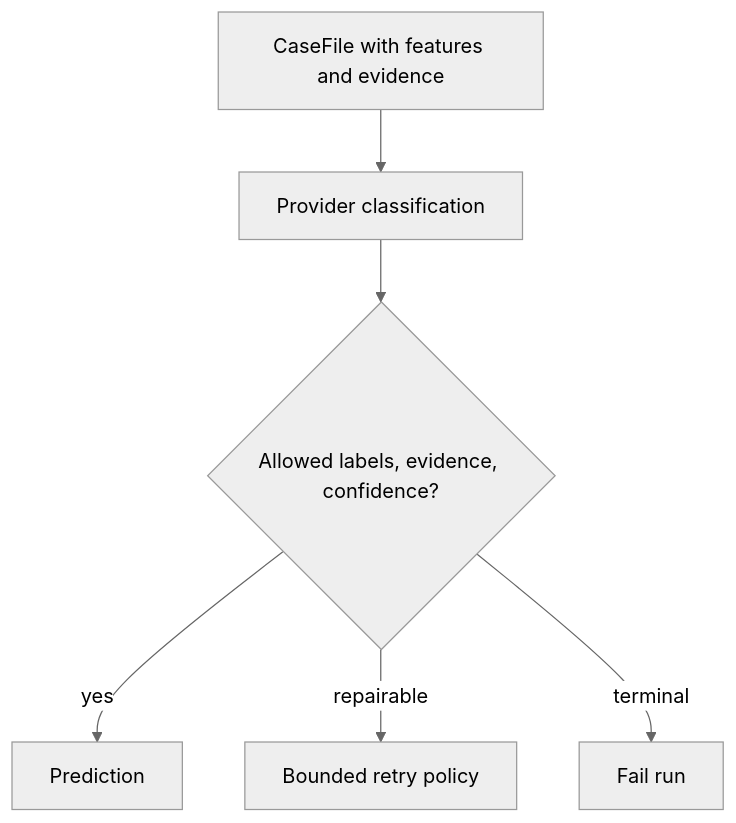
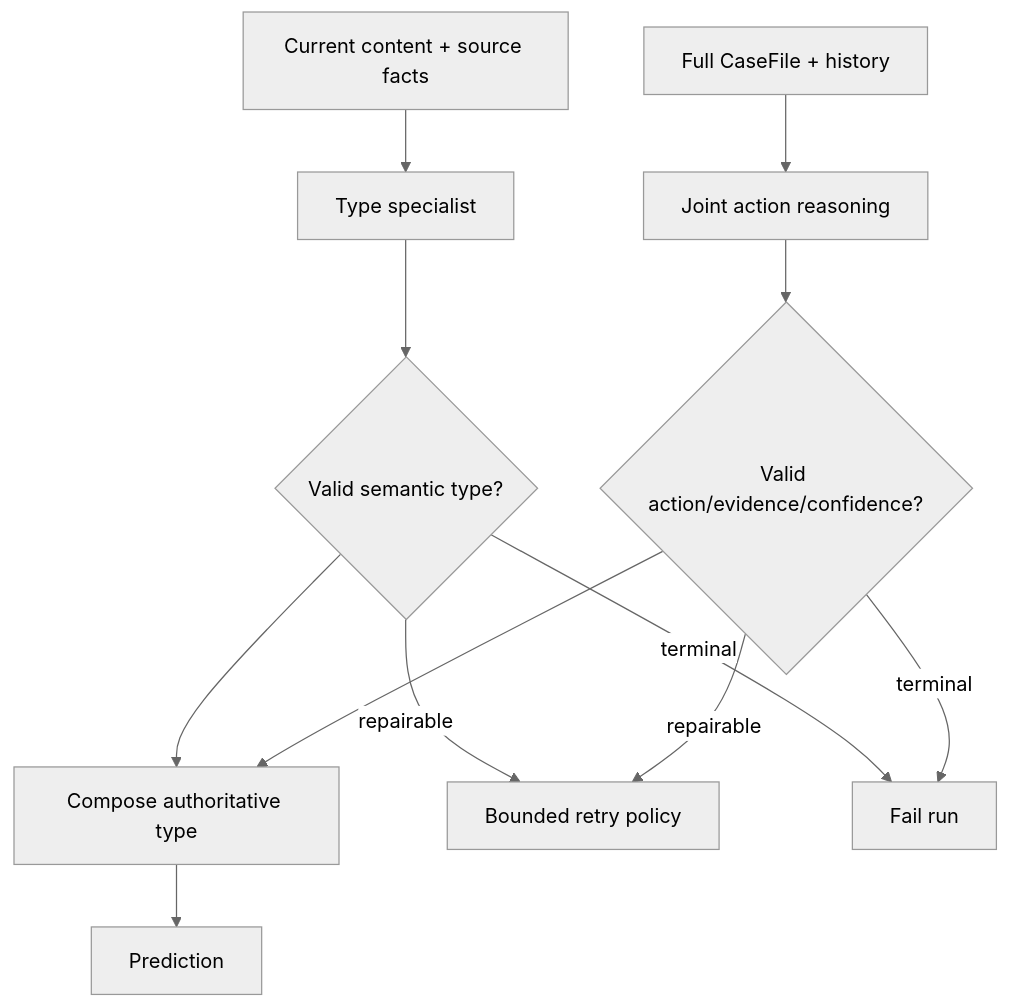
One commit to shiva-reddy-1001/whatsapp-notification-router changed the third of 7 diagrams in ARCHITECTURE.md. Above: the diagram before and after it, drawn with Mermaid (neutral theme). The commit also changed other lines of this file and 9 other files, not shown here.

Commit message:
feat: isolate and calibrate message type classification

````diff
--- a/ARCHITECTURE.md
+++ b/ARCHITECTURE.md
@@ -87,8 +90,14 @@
 ```mermaid
 flowchart TD
-    S["CaseFile with features and evidence"] --> P["Provider classification"]
-    P --> V{"Allowed labels, evidence, confidence?"}
-    V -->|"yes"| O["Prediction"]
-    V -->|"repairable"| E["Bounded retry policy"]
-    V -->|"terminal"| Z["Fail run"]
+    S["Current content + source facts"] --> T["Type specialist"]
+    T --> TV{"Valid semantic type?"}
+    C["Full CaseFile + history"] --> A["Joint action reasoning"]
+    A --> AV{"Valid action/evidence/confidence?"}
+    TV --> M["Compose authoritative type"]
+    AV --> M
+    M --> O["Prediction"]
+    TV -->|"repairable"| E["Bounded retry policy"]
+    AV -->|"repairable"| E
+    TV -->|"terminal"| Z["Fail run"]
+    AV -->|"terminal"| Z
 ```
````
